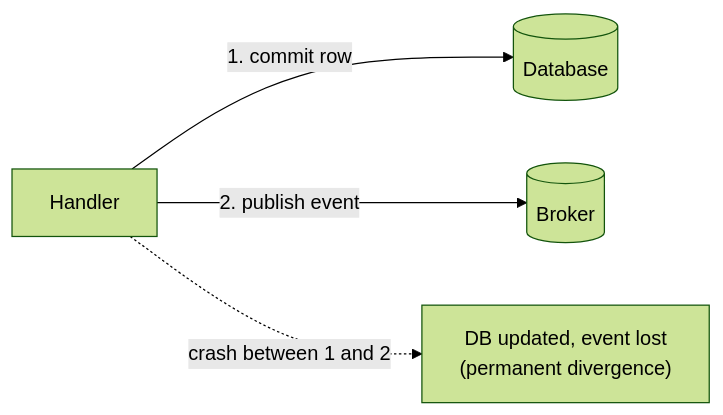
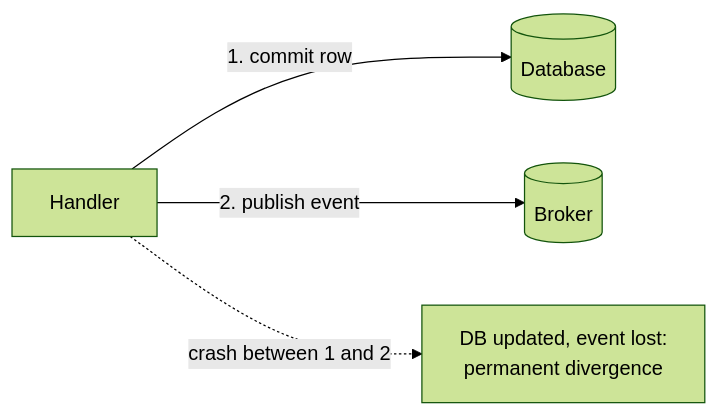
Before and after one commit to AndrewAltimit/Documentation: the fourth of 7 diagrams in github-pages/docs/event-driven/patterns.md, drawn with Mermaid (forest theme). The commit also changed other lines of this file and 240 other files, not shown here.

````diff
--- a/github-pages/docs/event-driven/patterns.md
+++ b/github-pages/docs/event-driven/patterns.md
@@ -275,6 +324,6 @@
 ```mermaid
 flowchart LR
     H["Handler"] -->|"1. commit row"| DB[("Database")]
     H -->|"2. publish event"| B[("Broker")]
-    H -.crash between 1 and 2.-> X["DB updated, event lost<br/>(permanent divergence)"]
+    H -.->|"crash between 1 and 2"| X["DB updated, event lost:<br/>permanent divergence"]
 ```
````
